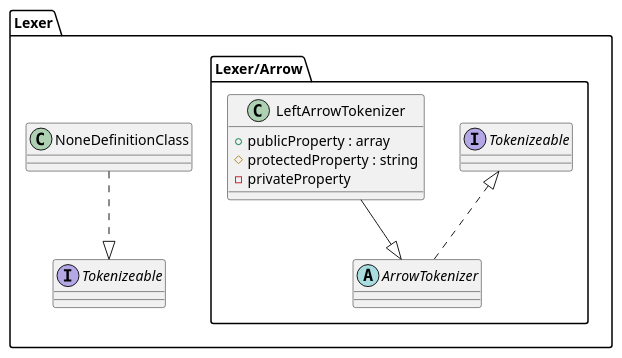
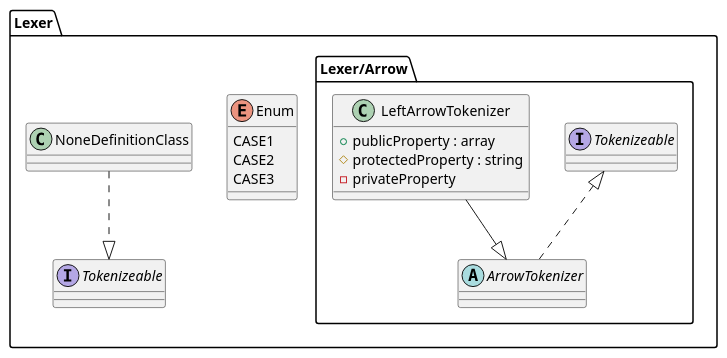
Before and after one commit to tasuku43/puml-parser-php: the diagram in sample.puml, drawn with PlantUML. The commit also changed 2 other files, not shown here.

```diff
--- a/sample.puml
+++ b/sample.puml
@@ -1,16 +1,22 @@
 @startuml
 package Lexer {
     interface Tokenizeable
     package Lexer/Arrow {
         abstract class ArrowTokenizer implements Tokenizeable
         class LeftArrowTokenizer {
             + publicProperty : array
             # protectedProperty : string
             - privateProperty
         }
     }
 
+    enum Enum {
+      CASE1
+      CASE2
+      CASE3
+    }
+
     LeftArrowTokenizer--|>ArrowTokenizer
     NoneDefinitionClass ..|> Tokenizeable
 }
 @enduml
```
